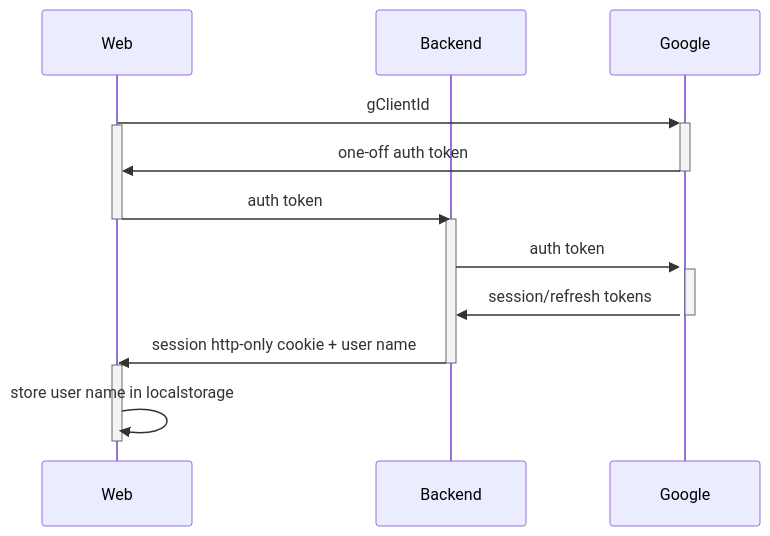
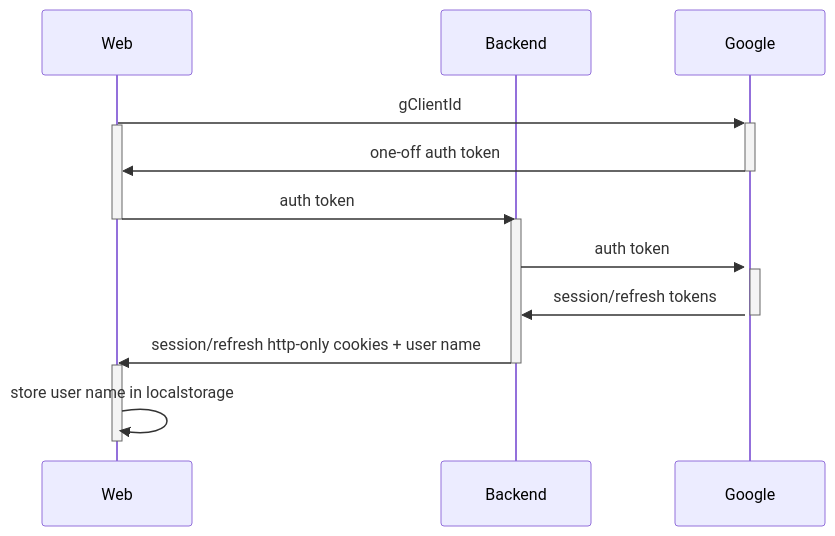
One commit to amg/fitness-tracker changed the first of 2 diagrams in docs/ADR-001-authentication.md. Above: the diagram before and after it, drawn with Mermaid. The commit also changed other lines of this file and 9 other files, not shown here.

Commit message:
Adding sqlc files for easy models generation from schema. Updated documentation to guide implementation of authentication and db.

```diff
--- a/docs/ADR-001-authentication.md
+++ b/docs/ADR-001-authentication.md
@@ -16,19 +29,19 @@
 ::: mermaid
 sequenceDiagram
     participant Web
     participant Backend
     participant Google
 
     Web->>+Google: gClientId
     activate Web
     Google->>-Web: one-off auth token
     Web->>-Backend: auth token
     activate Backend
     Backend->>+Google: auth token
     activate Google
     Google->>-Backend: session/refresh tokens
-    Backend->>-Web: session http-only cookie + user name
+    Backend->>-Web: session/refresh http-only cookies + user name
     activate Web
     Web->>Web: store user name in localstorage
     deactivate Web
 :::
```
